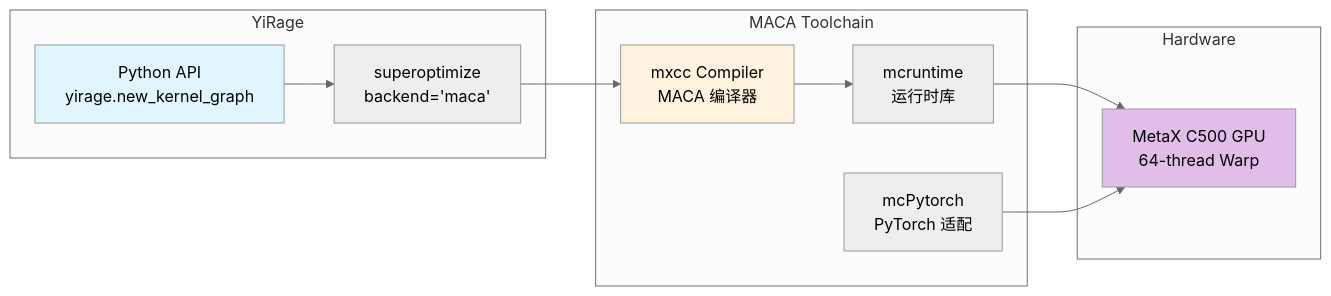
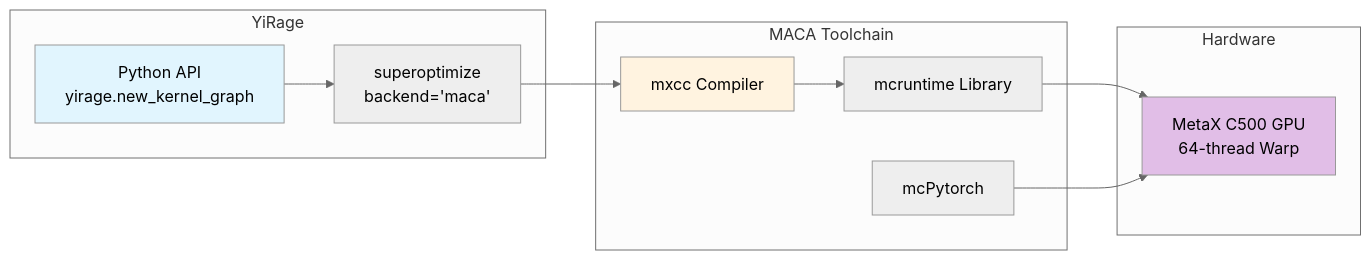
One commit to chenxingqiang/YiRage changed the diagram in docs/maca_quick_start.md. Above: the diagram before and after it, drawn with Mermaid (neutral theme). The commit also changed other lines of this file and 4 other files, not shown here.

````diff
--- a/docs/maca_quick_start.md
+++ b/docs/maca_quick_start.md
@@ -7,24 +7,24 @@
 ```mermaid
 flowchart LR
     subgraph "YiRage"
         A[Python API<br/>yirage.new_kernel_graph]
         B[superoptimize<br/>backend='maca']
     end
 
     subgraph "MACA Toolchain"
-        C[mxcc Compiler<br/>MACA 编译器]
-        D[mcruntime<br/>运行时库]
-        E[mcPytorch<br/>PyTorch 适配]
+        C[mxcc Compiler]
+        D[mcruntime Library]
+        E[mcPytorch]
     end
 
     subgraph "Hardware"
         F[MetaX C500 GPU<br/>64-thread Warp]
     end
 
     A --> B --> C --> D --> F
     E --> F
 
     style A fill:#e1f5fe
     style C fill:#fff3e0
     style F fill:#e1bee7
 ```
````
